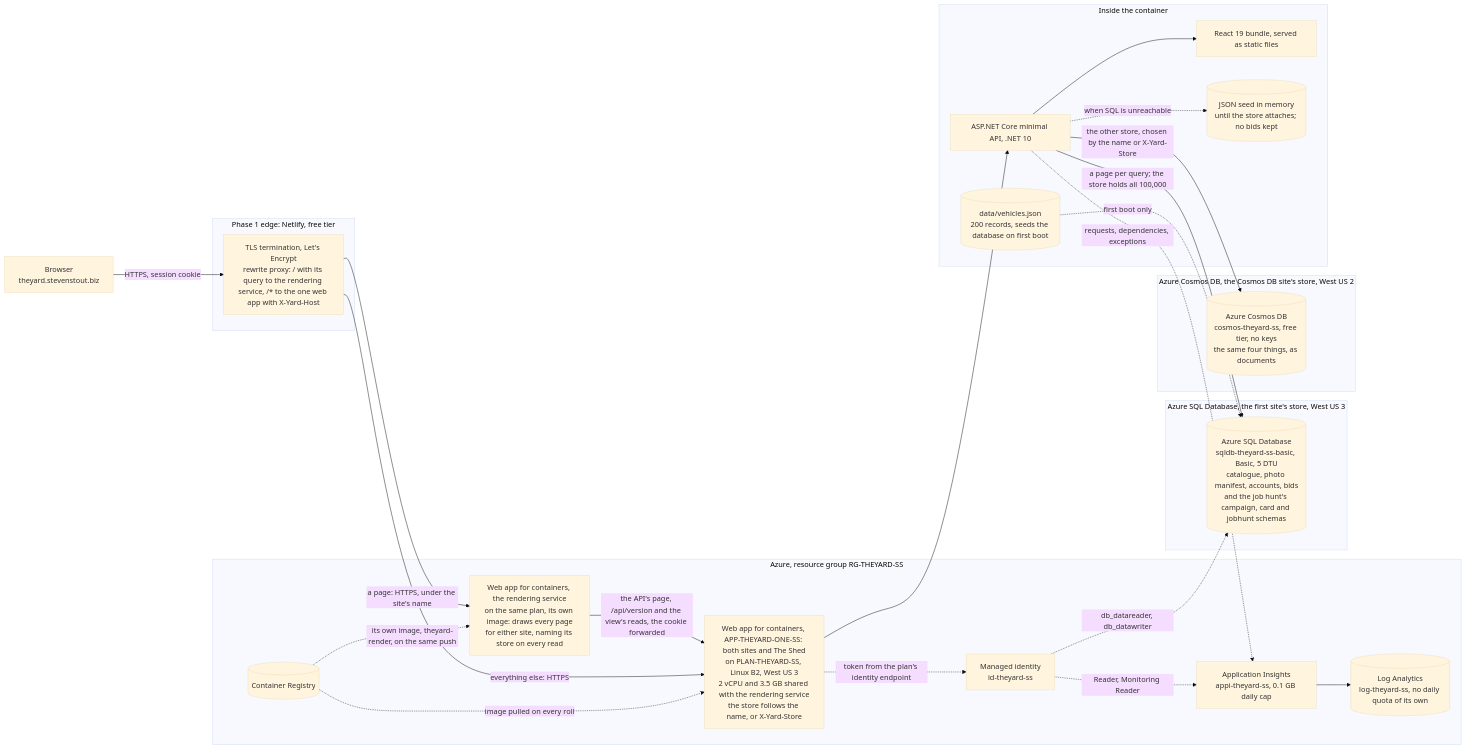
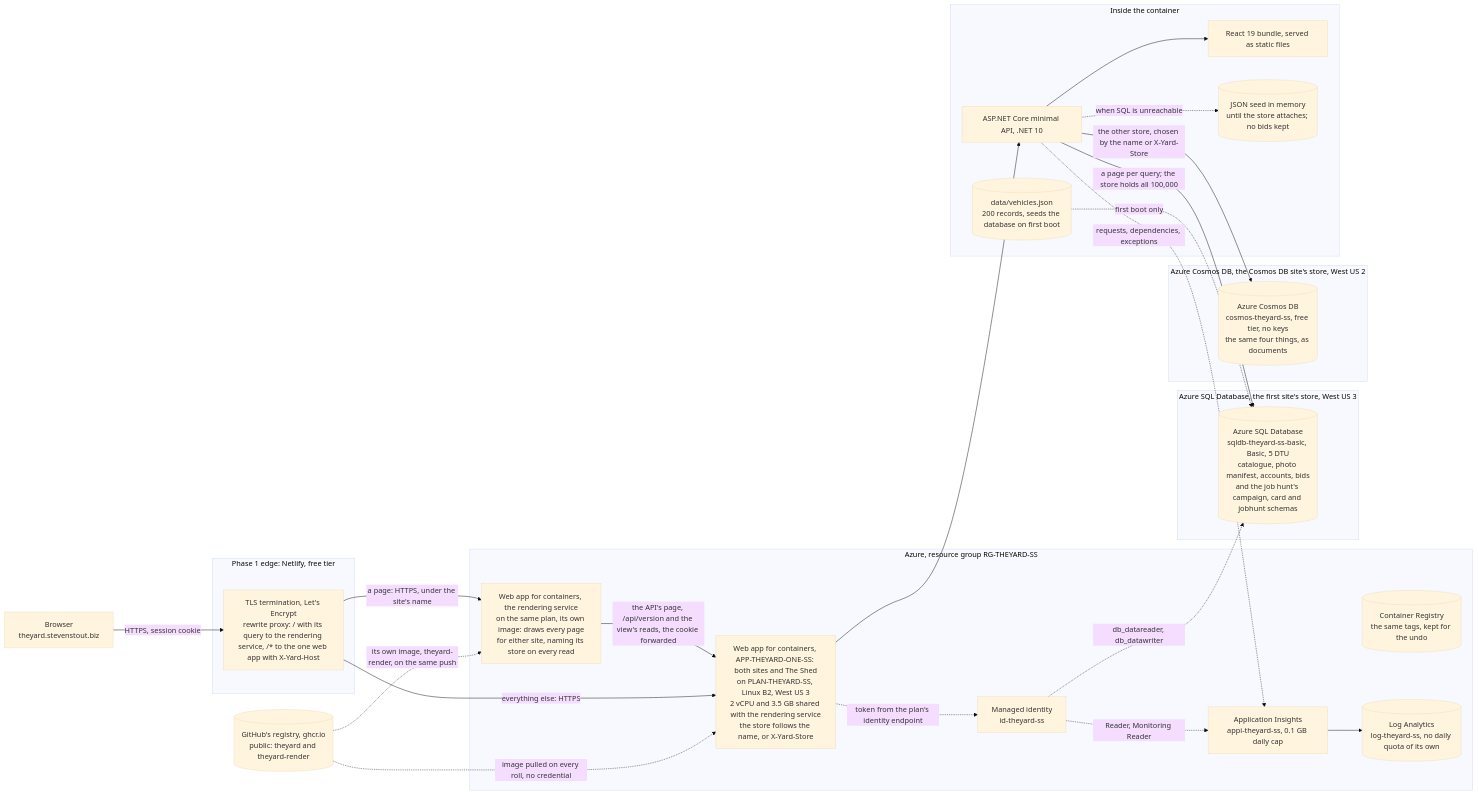
The first of 3 diagrams in docs/app-architecture/ARCHITECTURE.md (SteveStout/TheYard), drawn with Mermaid (base theme) before and after one commit. The commit also changed 14 other files, not shown here.

First line of the commit message:
TheYard 1.0.4.88: each roll pulls from GitHub's registry

````diff
--- a/docs/app-architecture/ARCHITECTURE.md
+++ b/docs/app-architecture/ARCHITECTURE.md
@@ -33,51 +33,53 @@
 ```mermaid
 flowchart LR
   B["Browser<br/>theyard.stevenstout.biz"]
 
   subgraph edge["Phase 1 edge: Netlify, free tier"]
     TLS["TLS termination, Let's Encrypt<br/>rewrite proxy: / with its query to the rendering service, /* to the one web app with X-Yard-Host"]
   end
 
+  GHCR[("GitHub's registry, ghcr.io<br/>public: theyard and theyard-render")]
+
   subgraph azure["Azure, resource group RG-THEYARD-SS"]
     ACI["Web app for containers, APP-THEYARD-ONE-SS: both sites and The Shed<br/>on PLAN-THEYARD-SS, Linux B2, West US 3<br/>2 vCPU and 3.5 GB shared with the rendering service<br/>the store follows the name, or X-Yard-Store"]
     RENDER["Web app for containers, the rendering service<br/>on the same plan, its own image: draws every page<br/>for either site, naming its store on every read"]
-    ACR[("Container Registry")]
+    ACR[("Container Registry<br/>the same tags, kept for the undo")]
     MI["Managed identity<br/>id-theyard-ss"]
     AI["Application Insights<br/>appi-theyard-ss, 0.1 GB daily cap"]
     LAW[("Log Analytics<br/>log-theyard-ss, no daily quota of its own")]
   end
 
   subgraph sql["Azure SQL Database, the first site's store, West US 3"]
     SQL[("Azure SQL Database<br/>sqldb-theyard-ss-basic, Basic, 5 DTU<br/>catalogue, photo manifest, accounts, bids<br/>and the job hunt's campaign, card and jobhunt schemas")]
   end
 
   subgraph cosmos["Azure Cosmos DB, the Cosmos DB site's store, West US 2"]
     COSMOS[("Azure Cosmos DB<br/>cosmos-theyard-ss, free tier, no keys<br/>the same four things, as documents")]
   end
 
 
   subgraph box["Inside the container"]
     API["ASP.NET Core minimal API, .NET 10"]
     SPA["React 19 bundle, served as static files"]
     SEED[("data/vehicles.json<br/>200 records, seeds the database on first boot")]
     FILE[("JSON seed in memory<br/>until the store attaches; no bids kept")]
   end
 
   B -->|HTTPS, session cookie| TLS
   TLS -->|a page: HTTPS, under the site's name| RENDER
   RENDER -->|the API's page, /api/version and the view's reads, the cookie forwarded| ACI
   TLS -->|everything else: HTTPS| ACI
   ACI --> API
   API --> SPA
   API -->|a page per query; the store holds all 100,000| SQL
   API -->|the other store, chosen by the name or X-Yard-Store| COSMOS
   API -.->|when SQL is unreachable| FILE
   MI -.->|db_datareader, db_datawriter| SQL
   SEED -.->|first boot only| SQL
-  ACR -.->|image pulled on every roll| ACI
-  ACR -.->|its own image, theyard-render, on the same push| RENDER
+  GHCR -.->|image pulled on every roll, no credential| ACI
+  GHCR -.->|its own image, theyard-render, on the same push| RENDER
   ACI -.->|token from the plan's identity endpoint| MI
   MI -.->|Reader, Monitoring Reader| AI
   API -.->|requests, dependencies, exceptions| AI
   AI --> LAW
 ```
````
